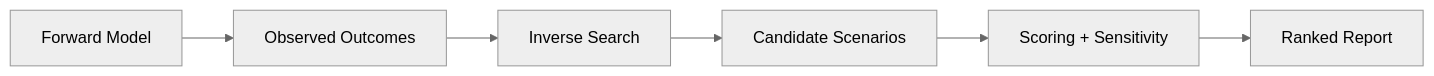
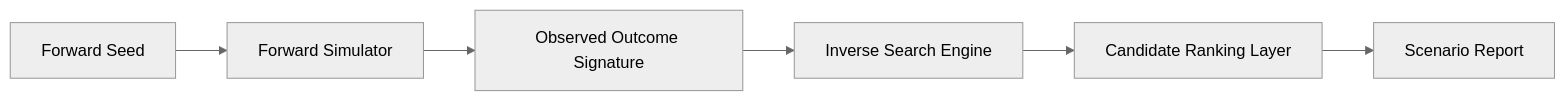
One commit to sonwr/society-reverse-sim changed the diagram in README.md. Above: the diagram before and after it, drawn with Mermaid (neutral theme). The commit also changed other lines of this file, not shown here.

````diff
--- a/README.md
+++ b/README.md
@@ -45,8 +46,8 @@
 ```mermaid
 flowchart LR
-  F[Forward Model] --> O[Observed Outcomes]
-  O --> I[Inverse Search]
-  I --> C[Candidate Scenarios]
-  C --> S[Scoring + Sensitivity]
-  S --> R[Ranked Report]
+  Seed[Forward Seed] --> Forward[Forward Simulator]
+  Forward --> Outcome[Observed Outcome Signature]
+  Outcome --> Inverse[Inverse Search Engine]
+  Inverse --> Rank[Candidate Ranking Layer]
+  Rank --> Report[Scenario Report]
 ```
````
